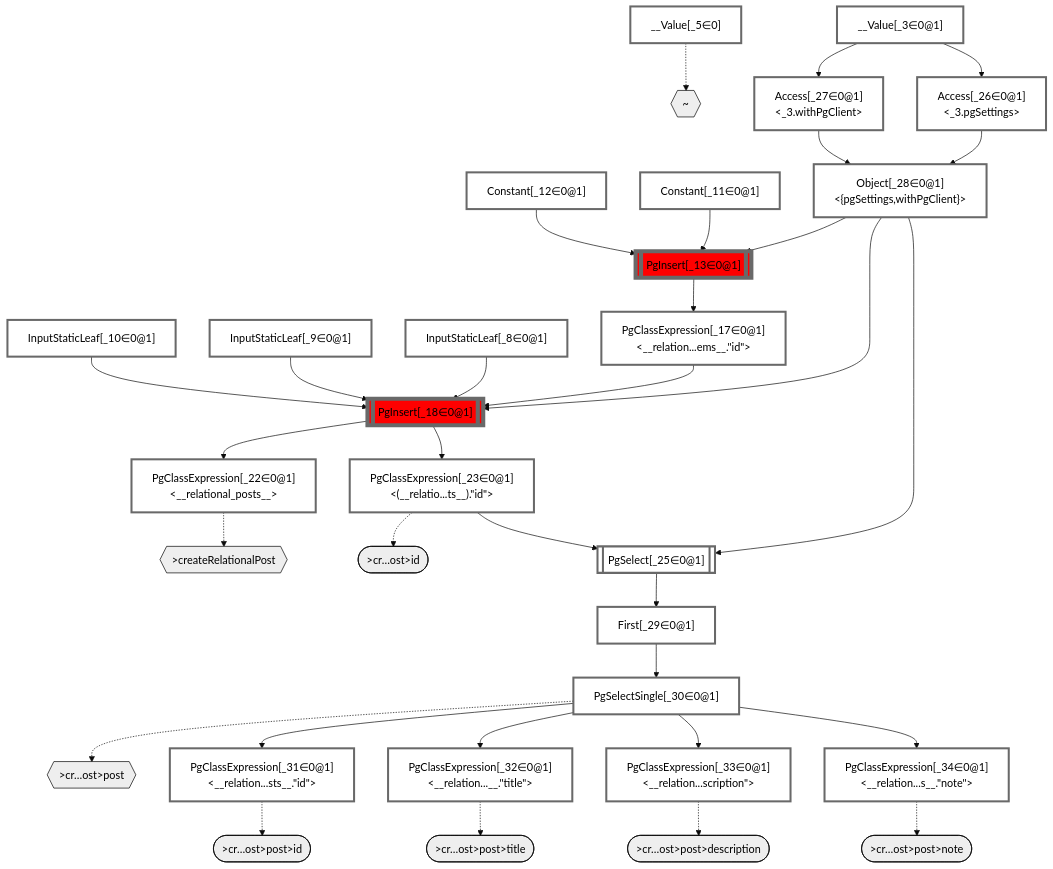
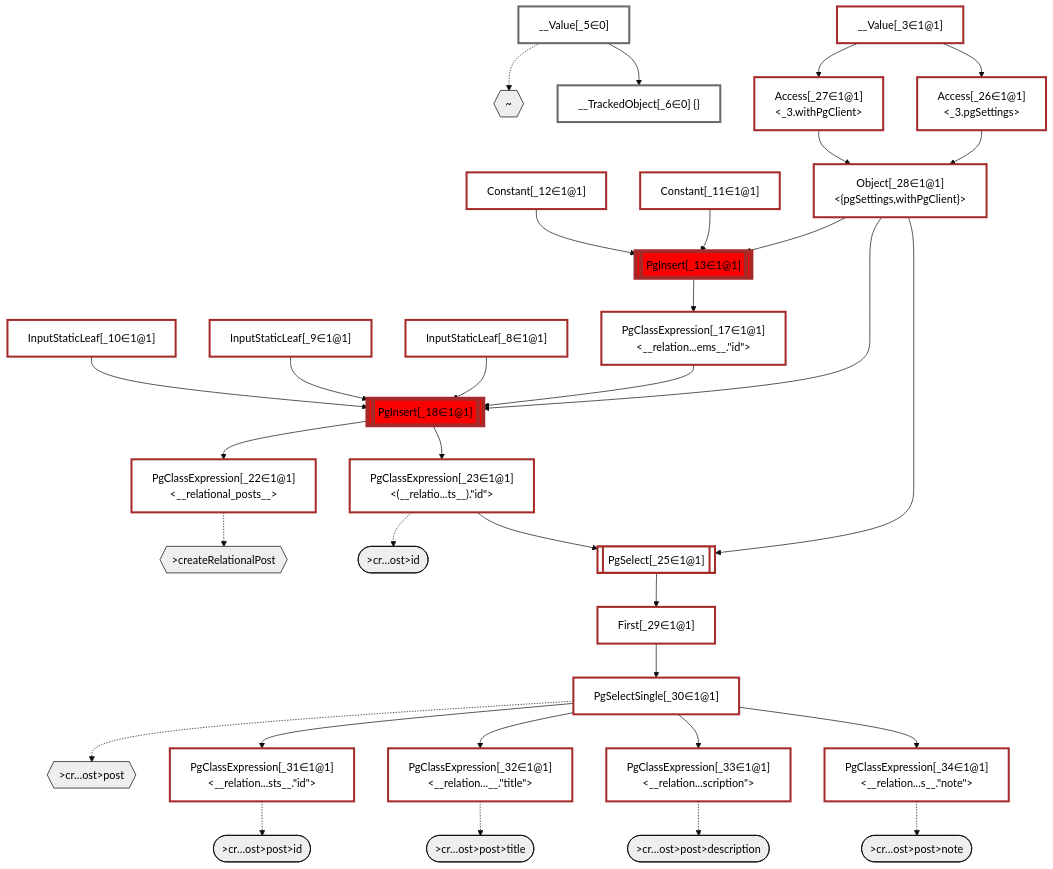
One commit to graphile/crystal changed the diagram in packages/dataplan-pg/__tests__/mutations/basics/create-relational-post-null-description.deopt.mermaid.md. Above: the diagram before and after it, drawn with Mermaid (base theme). The commit also changed 42 other files, not shown here.

````diff
--- a/packages/dataplan-pg/__tests__/mutations/basics/create-relational-post-null-description.deopt.mermaid.md
+++ b/packages/dataplan-pg/__tests__/mutations/basics/create-relational-post-null-description.deopt.mermaid.md
@@ -24,30 +24,32 @@
     %% end
 
     %% define plans
-    __Value_3["__Value[_3∈0@1]<br /><context>"]:::plan
+    __Value_3["__Value[_3∈1@1]<br /><context>"]:::plan
     __Value_5["__Value[_5∈0]<br /><rootValue>"]:::plan
-    InputStaticLeaf_8["InputStaticLeaf[_8∈0@1]"]:::plan
-    InputStaticLeaf_9["InputStaticLeaf[_9∈0@1]"]:::plan
-    InputStaticLeaf_10["InputStaticLeaf[_10∈0@1]"]:::plan
-    Constant_11["Constant[_11∈0@1]"]:::plan
-    Constant_12["Constant[_12∈0@1]"]:::plan
-    PgInsert_13[["PgInsert[_13∈0@1]"]]:::sideeffectplan
-    PgClassExpression_17["PgClassExpression[_17∈0@1]<br /><__relation...ems__.#quot;id#quot;>"]:::plan
-    PgInsert_18[["PgInsert[_18∈0@1]"]]:::sideeffectplan
-    PgClassExpression_22["PgClassExpression[_22∈0@1]<br /><__relational_posts__>"]:::plan
-    PgClassExpression_23["PgClassExpression[_23∈0@1]<br /><(__relatio...ts__).#quot;id#quot;>"]:::plan
-    PgSelect_25[["PgSelect[_25∈0@1]<br /><relational_posts>"]]:::plan
-    Access_26["Access[_26∈0@1]<br /><_3.pgSettings>"]:::plan
-    Access_27["Access[_27∈0@1]<br /><_3.withPgClient>"]:::plan
-    Object_28["Object[_28∈0@1]<br /><{pgSettings,withPgClient}>"]:::plan
-    First_29["First[_29∈0@1]"]:::plan
-    PgSelectSingle_30["PgSelectSingle[_30∈0@1]<br /><relational_posts>"]:::plan
-    PgClassExpression_31["PgClassExpression[_31∈0@1]<br /><__relation...sts__.#quot;id#quot;>"]:::plan
-    PgClassExpression_32["PgClassExpression[_32∈0@1]<br /><__relation...__.#quot;title#quot;>"]:::plan
-    PgClassExpression_33["PgClassExpression[_33∈0@1]<br /><__relation...scription#quot;>"]:::plan
-    PgClassExpression_34["PgClassExpression[_34∈0@1]<br /><__relation...s__.#quot;note#quot;>"]:::plan
+    __TrackedObject_6["__TrackedObject[_6∈0] {}"]:::plan
+    InputStaticLeaf_8["InputStaticLeaf[_8∈1@1]"]:::plan
+    InputStaticLeaf_9["InputStaticLeaf[_9∈1@1]"]:::plan
+    InputStaticLeaf_10["InputStaticLeaf[_10∈1@1]"]:::plan
+    Constant_11["Constant[_11∈1@1]"]:::plan
+    Constant_12["Constant[_12∈1@1]"]:::plan
+    PgInsert_13[["PgInsert[_13∈1@1]"]]:::sideeffectplan
+    PgClassExpression_17["PgClassExpression[_17∈1@1]<br /><__relation...ems__.#quot;id#quot;>"]:::plan
+    PgInsert_18[["PgInsert[_18∈1@1]"]]:::sideeffectplan
+    PgClassExpression_22["PgClassExpression[_22∈1@1]<br /><__relational_posts__>"]:::plan
+    PgClassExpression_23["PgClassExpression[_23∈1@1]<br /><(__relatio...ts__).#quot;id#quot;>"]:::plan
+    PgSelect_25[["PgSelect[_25∈1@1]<br /><relational_posts>"]]:::plan
+    Access_26["Access[_26∈1@1]<br /><_3.pgSettings>"]:::plan
+    Access_27["Access[_27∈1@1]<br /><_3.withPgClient>"]:::plan
+    Object_28["Object[_28∈1@1]<br /><{pgSettings,withPgClient}>"]:::plan
+    First_29["First[_29∈1@1]"]:::plan
+    PgSelectSingle_30["PgSelectSingle[_30∈1@1]<br /><relational_posts>"]:::plan
+    PgClassExpression_31["PgClassExpression[_31∈1@1]<br /><__relation...sts__.#quot;id#quot;>"]:::plan
+    PgClassExpression_32["PgClassExpression[_32∈1@1]<br /><__relation...__.#quot;title#quot;>"]:::plan
+    PgClassExpression_33["PgClassExpression[_33∈1@1]<br /><__relation...scription#quot;>"]:::plan
+    PgClassExpression_34["PgClassExpression[_34∈1@1]<br /><__relation...s__.#quot;note#quot;>"]:::plan
 
     %% plan dependencies
+    __Value_5 --> __TrackedObject_6
     Object_28 --> PgInsert_13
     Constant_11 --> PgInsert_13
     Constant_12 --> PgInsert_13
@@ -84,5 +86,7 @@
 
     %% allocate buckets
     classDef bucket0 stroke:#696969
-    class __Value_3,__Value_5,InputStaticLeaf_8,InputStaticLeaf_9,InputStaticLeaf_10,Constant_11,Constant_12,PgInsert_13,PgClassExpression_17,PgInsert_18,PgClassExpression_22,PgClassExpression_23,PgSelect_25,Access_26,Access_27,Object_28,First_29,PgSelectSingle_30,PgClassExpression_31,PgClassExpression_32,PgClassExpression_33,PgClassExpression_34 bucket0
+    class __Value_5,__TrackedObject_6 bucket0
+    classDef bucket1 stroke:#a52a2a
+    class __Value_3,InputStaticLeaf_8,InputStaticLeaf_9,InputStaticLeaf_10,Constant_11,Constant_12,PgInsert_13,PgClassExpression_17,PgInsert_18,PgClassExpression_22,PgClassExpression_23,PgSelect_25,Access_26,Access_27,Object_28,First_29,PgSelectSingle_30,PgClassExpression_31,PgClassExpression_32,PgClassExpression_33,PgClassExpression_34 bucket1
 ```
````
